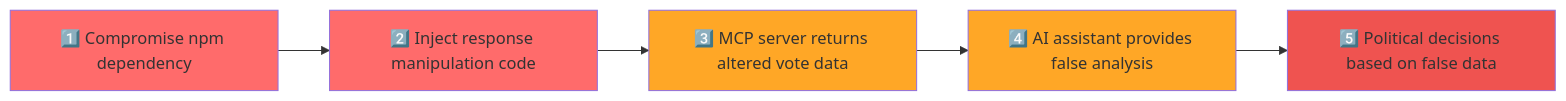
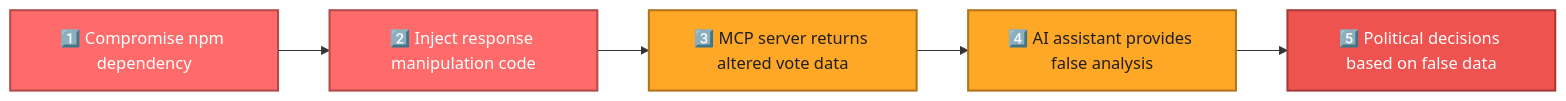
Before and after one commit to Hack23/European-Parliament-MCP-Server: the sixth of 21 diagrams in api-markdown/documents/THREAT_MODEL.md, drawn with Mermaid. The commit also changed other lines of this file and 1837 other files, not shown here.

````diff
--- a/api-markdown/documents/THREAT_MODEL.md
+++ b/api-markdown/documents/THREAT_MODEL.md
@@ -774,13 +804,18 @@
 ```mermaid
 graph LR
     A[1️⃣ Compromise npm dependency] --> B[2️⃣ Inject response manipulation code]
     B --> C[3️⃣ MCP server returns altered vote data]
     C --> D[4️⃣ AI assistant provides false analysis]
     D --> E[5️⃣ Political decisions based on false data]
     
-    style A fill:#ff6b6b
-    style B fill:#ff6b6b
-    style C fill:#ffa726
-    style D fill:#ffa726
-    style E fill:#ef5350
+    style A fill:#ff6b6b,stroke:#b24a4a,stroke-width:2px,color:#ffffff
+
+    style B fill:#ff6b6b,stroke:#b24a4a,stroke-width:2px,color:#ffffff
+
+    style C fill:#ffa726,stroke:#b2741a,stroke-width:2px,color:#1f1f1f
+
+    style D fill:#ffa726,stroke:#b2741a,stroke-width:2px,color:#1f1f1f
+
+    style E fill:#ef5350,stroke:#a73a38,stroke-width:2px,color:#ffffff
+
 ```
````
